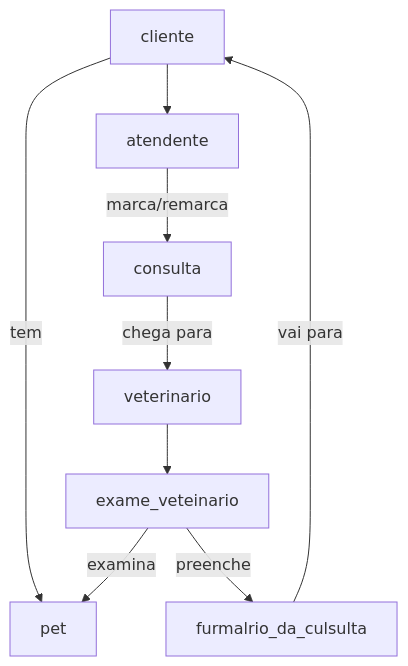
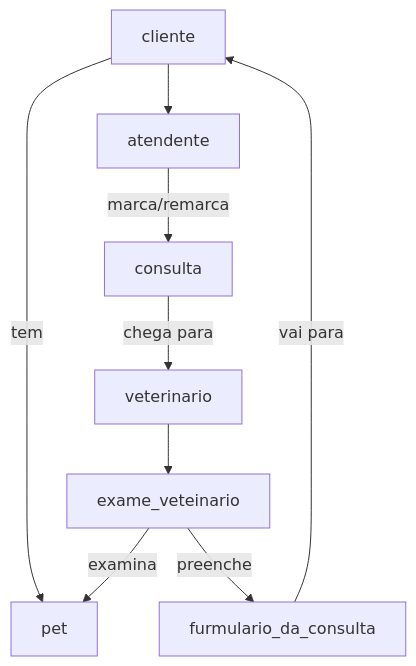
Before and after one commit to Andriel94/Clinica_Veterianaria_Trabalho-engenharia-software-2026: the diagram in README.md, drawn with Mermaid.

Commit message:
Fix typo in README for consulta form

````diff
--- a/README.md
+++ b/README.md
@@ -6,18 +6,18 @@
 ```mermaid
 flowchart TD
 
     cliente["cliente"]
     pet["pet"]
     atendente["atendente"]
     veterinario["veterinario"]
 
     consulta["consulta"]
     exame_veteinario["exame_veteinario"]
-    furmulario_da_culsulta["furmalrio_da_culsulta"]
+    furmulario_da_consulta["furmulario_da_consulta"]
 
     cliente -- tem --> pet 
     cliente --> atendente -- "marca/remarca" --> consulta
     consulta -- "chega para" --> veterinario --> exame_veteinario -- "examina" --> pet
-    exame_veteinario -- "preenche" --> furmulario_da_culsulta
-    furmulario_da_culsulta -- "vai para" --> cliente
+    exame_veteinario -- "preenche" --> furmulario_da_consulta
+    furmulario_da_consulta -- "vai para" --> cliente
 ```
````
